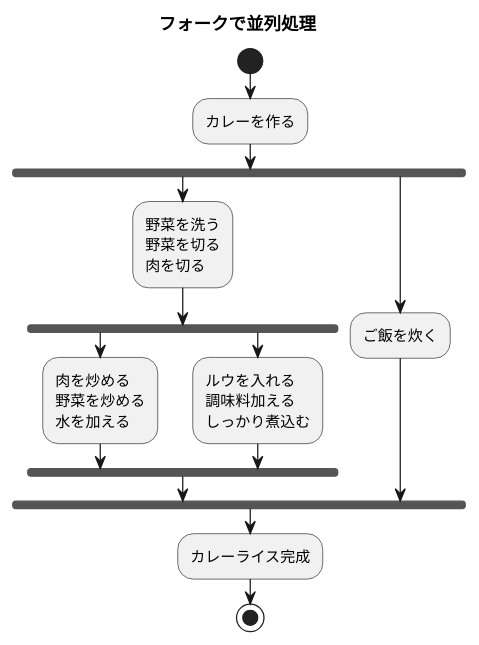
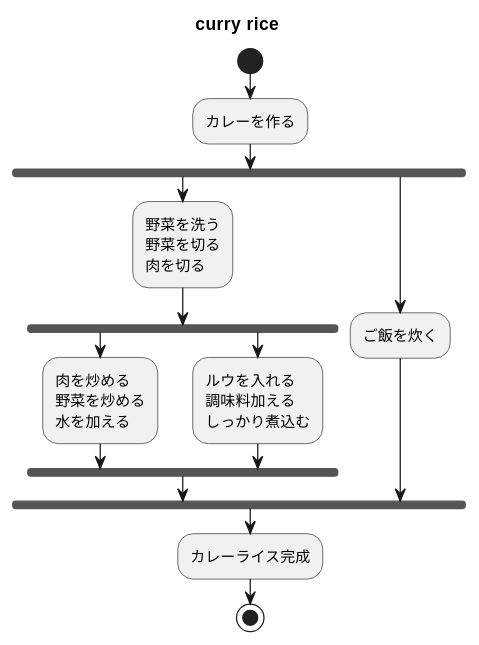
Before and after one commit to github-use-a/uml-introduction: the diagram in 7章練習_ACカレーライス.pu, drawn with PlantUML.

Commit message:
修正

```diff
--- a/7章練習_ACカレーライス.pu
+++ b/7章練習_ACカレーライス.pu
@@ -1,23 +1,23 @@
 @startuml 並列処理
-title フォークで並列処理
+title curry rice 
 start
 :カレーを作る;
 fork
 :野菜を洗う
 野菜を切る
 肉を切る;
 fork
 :肉を炒める
 野菜を炒める
 水を加える;
 fork again
 :ルウを入れる
 調味料加える
 しっかり煮込む;
 end fork
 fork again
 :ご飯を炊く;
 end fork
 :カレーライス完成;
 stop
 @enduml
```
